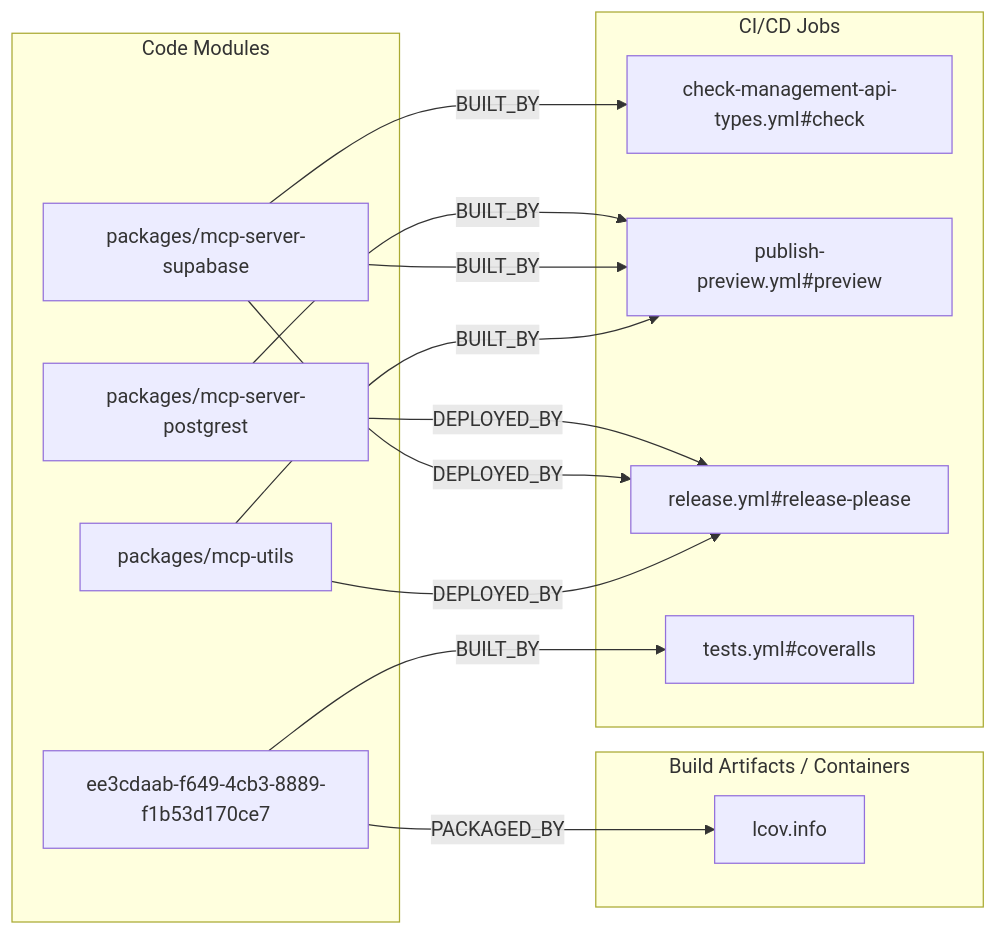
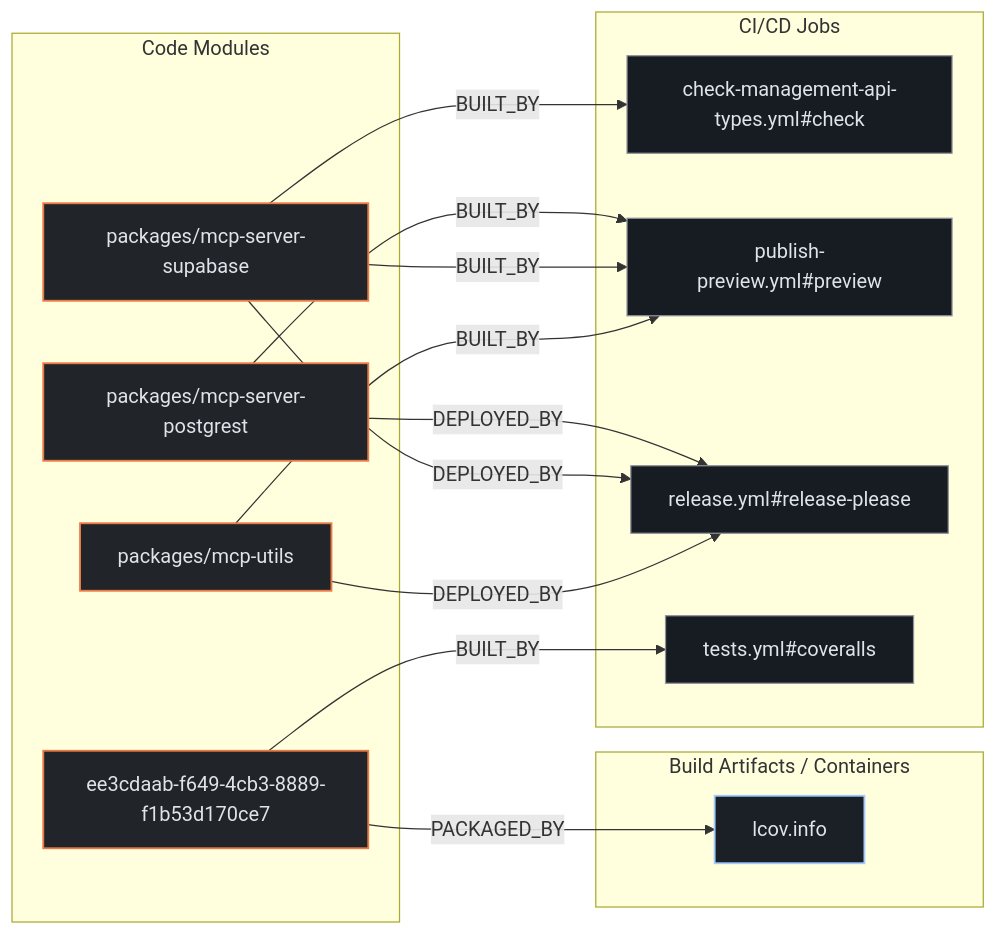
One commit to kumarshaz/atruss-code-atlas changed the second of 3 diagrams in exports/latest/reports/supabase-mcp-report.md. Above: the diagram before and after it, drawn with Mermaid. The commit also changed other lines of this file and 331 other files, not shown here.

Commit message:
docs,ui,fix: update SDLC docs, reorder CI/CD DAG first, stylize Mermaid, and fix Arc42 pipeline topology

````diff
--- a/exports/latest/reports/supabase-mcp-report.md
+++ b/exports/latest/reports/supabase-mcp-report.md
@@ -134,27 +141,31 @@
 ```mermaid
 flowchart LR
+    classDef atlasCategory fill:#212428,stroke:#E87A48,stroke-width:1.5px,color:#dfe3eb
+    classDef atlasWorkflow fill:#1b2026,stroke:#a3c9ff,stroke-width:1.5px,color:#dfe3eb
+    classDef atlasJob fill:#171c22,stroke:#8d9199,stroke-width:1px,color:#dfe3eb
+    classDef atlasTarget fill:#005227,stroke:#8bd99b,stroke-width:1.5px,color:#a7f6b6
     subgraph code_modules["Code Modules"]
-        mod_ee3cdaab_f649_4cb3_8889_f1b53d170ce7["ee3cdaab-f649-4cb3-8889-f1b53d170ce7"]
-        mod_packages_mcp_server_postgrest["packages/mcp-server-postgrest"]
-        mod_packages_mcp_server_supabase["packages/mcp-server-supabase"]
-        mod_packages_mcp_utils["packages/mcp-utils"]
+        mod_ee3cdaab_f649_4cb3_8889_f1b53d170ce7["ee3cdaab-f649-4cb3-8889-f1b53d170ce7"]:::atlasCategory
+        mod_packages_mcp_server_postgrest["packages/mcp-server-postgrest"]:::atlasCategory
+        mod_packages_mcp_server_supabase["packages/mcp-server-supabase"]:::atlasCategory
+        mod_packages_mcp_utils["packages/mcp-utils"]:::atlasCategory
     end
     subgraph build_artifacts["Build Artifacts / Containers"]
-        art_lcov_info["lcov.info"]
+        art_lcov_info["lcov.info"]:::atlasWorkflow
     end
     subgraph ci_jobs["CI/CD Jobs"]
-        job_check_management_api_types_yml_check["check-management-api-types.yml#check"]
-        job_publish_preview_yml_preview["publish-preview.yml#preview"]
-        job_release_yml_release_please["release.yml#release-please"]
-        job_tests_yml_coveralls["tests.yml#coveralls"]
+        job_check_management_api_types_yml_check["check-management-api-types.yml#check"]:::atlasJob
+        job_publish_preview_yml_preview["publish-preview.yml#preview"]:::atlasJob
+        job_release_yml_release_please["release.yml#release-please"]:::atlasJob
+        job_tests_yml_coveralls["tests.yml#coveralls"]:::atlasJob
     end
     mod_ee3cdaab_f649_4cb3_8889_f1b53d170ce7 -->|BUILT_BY| job_tests_yml_coveralls
     mod_ee3cdaab_f649_4cb3_8889_f1b53d170ce7 -->|PACKAGED_BY| art_lcov_info
     mod_packages_mcp_server_postgrest -->|BUILT_BY| job_publish_preview_yml_preview
     mod_packages_mcp_server_postgrest -->|DEPLOYED_BY| job_release_yml_release_please
     mod_packages_mcp_server_supabase -->|BUILT_BY| job_check_management_api_types_yml_check
     mod_packages_mcp_server_supabase -->|BUILT_BY| job_publish_preview_yml_preview
     mod_packages_mcp_server_supabase -->|DEPLOYED_BY| job_release_yml_release_please
     mod_packages_mcp_utils -->|BUILT_BY| job_publish_preview_yml_preview
     mod_packages_mcp_utils -->|DEPLOYED_BY| job_release_yml_release_please
 ```
````
